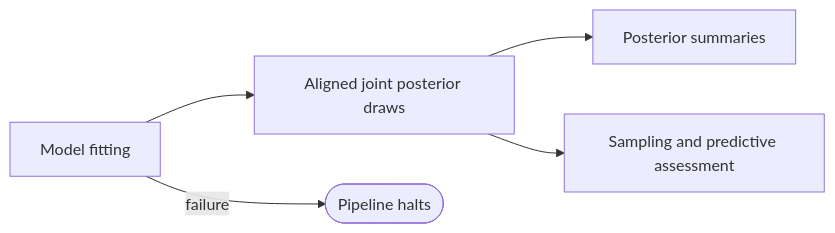
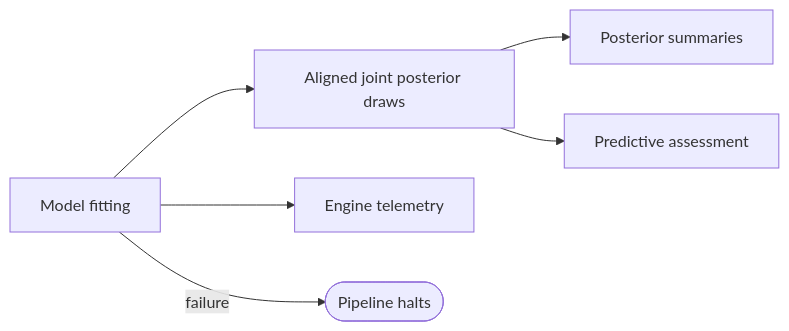
The diagram in docs/pipeline/inference.md (ma9o/nof1-causal-lab), drawn with Mermaid before and after one commit. The commit also changed other lines of this file and 30 other files, not shown here.

First line of the commit message:
Document additive model architecture and agent workflows

````diff
--- a/docs/pipeline/inference.md
+++ b/docs/pipeline/inference.md
@@ -23,7 +23,8 @@
 ```mermaid
 flowchart LR
     F[Model fitting] --> J[Aligned joint posterior draws]
     J --> S[Posterior summaries]
-    J --> A[Sampling and predictive assessment]
+    F --> D[Engine telemetry]
+    J --> A[Predictive assessment]
     F -- failure --> X([Pipeline halts])
 ```
````
